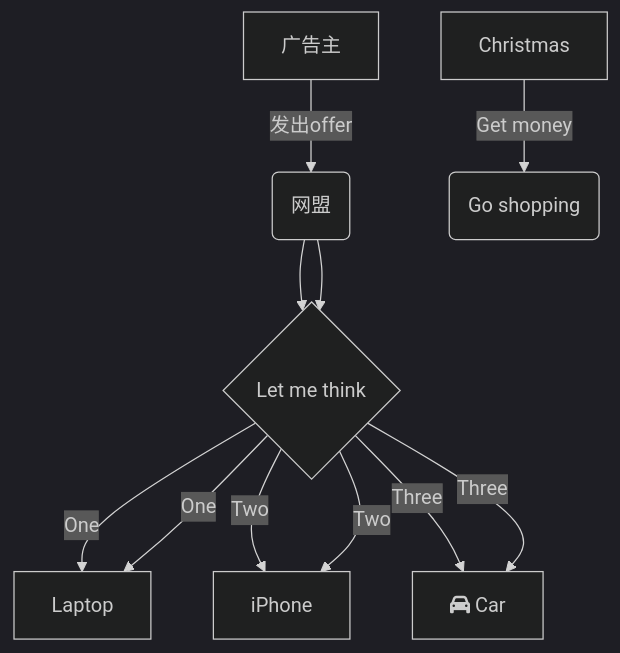
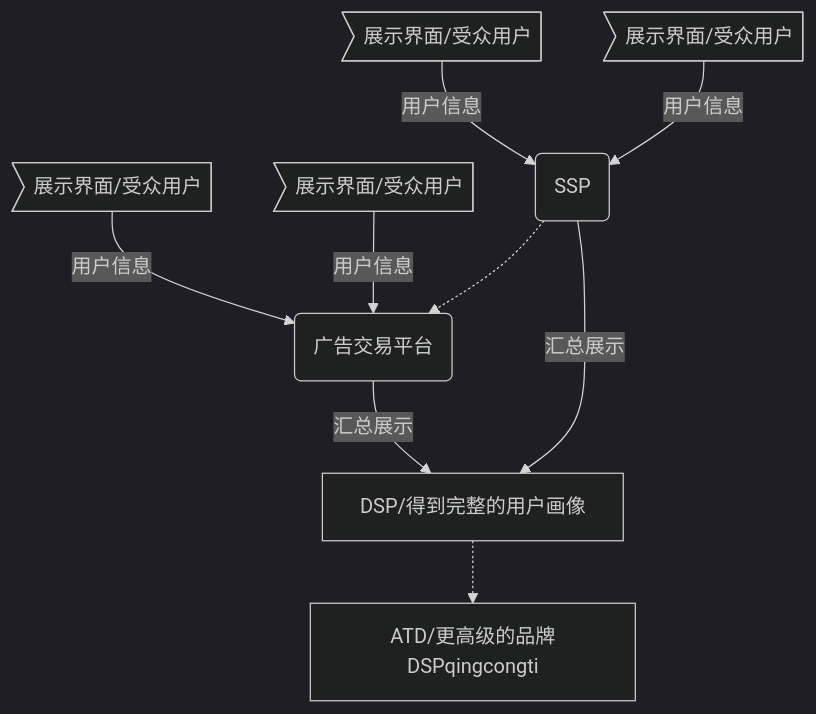
One commit to damo-wang/book changed the first of 2 diagrams in Advertising/README.md. Above: the diagram before and after it, drawn with Mermaid (dark theme). The commit also changed other lines of this file, not shown here.

````diff
--- a/Advertising/README.md
+++ b/Advertising/README.md
@@ -15,14 +5,14 @@
 ```mermaid
 graph TD
-A[广告主] -->|发出offer| B(网盟)
-B --> C{Let me think}
-C -->|One| D[Laptop]
-C -->|Two| E[iPhone]
-C -->|Three| F[fa:fa-car Car]
+A11>展示界面/受众用户] -->|用户信息| B1(广告交易平台)
+A12>展示界面/受众用户] -->|用户信息| B1
+B1 -->|汇总展示| C[DSP/得到完整的用户画像]
 
-AA[Christmas] -->|Get money| BB(Go shopping)
-B --> C{Let me think}
-C -->|One| D[Laptop]
-C -->|Two| E[iPhone]
-C -->|Three| F[fa:fa-car Car]
+A21>展示界面/受众用户] -->|用户信息| B2(SSP)
+A22>展示界面/受众用户] -->|用户信息| B2
+B2 -.-> B1
+B2 -->|汇总展示| C
+
+C -.-> D[ATD/更高级的品牌DSPqingcongti]
+
 ```
````
